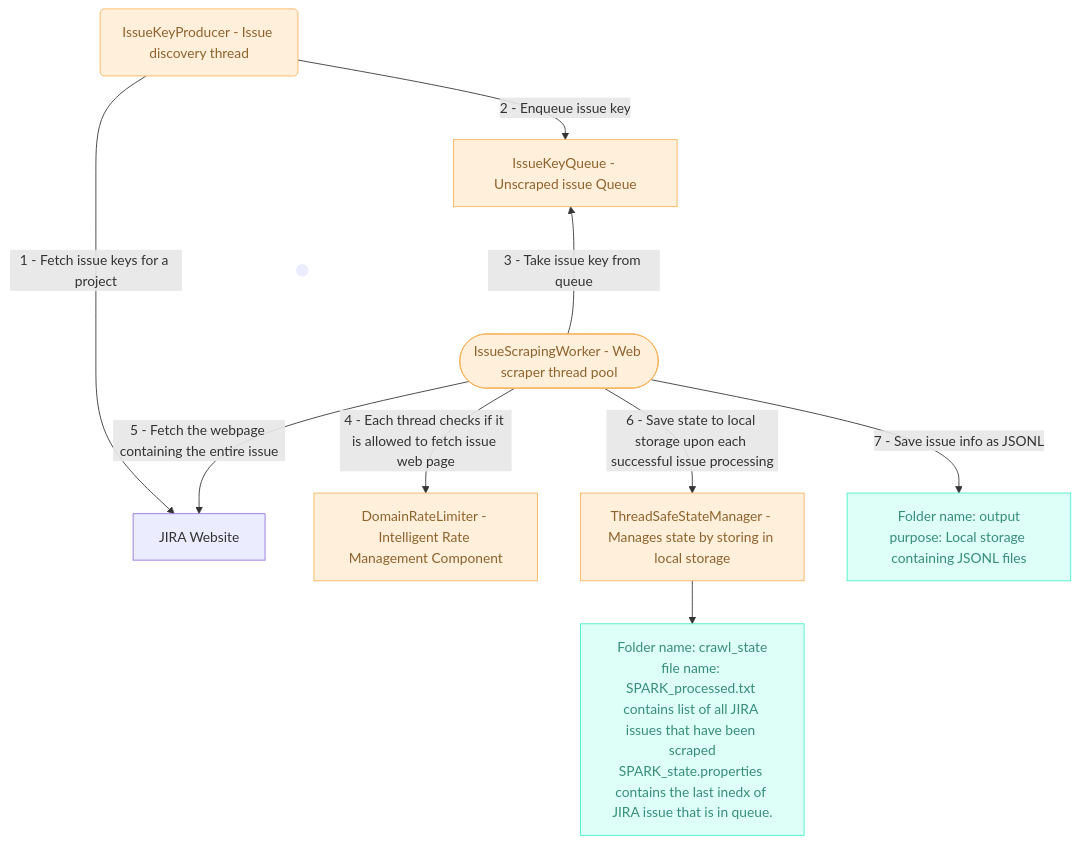
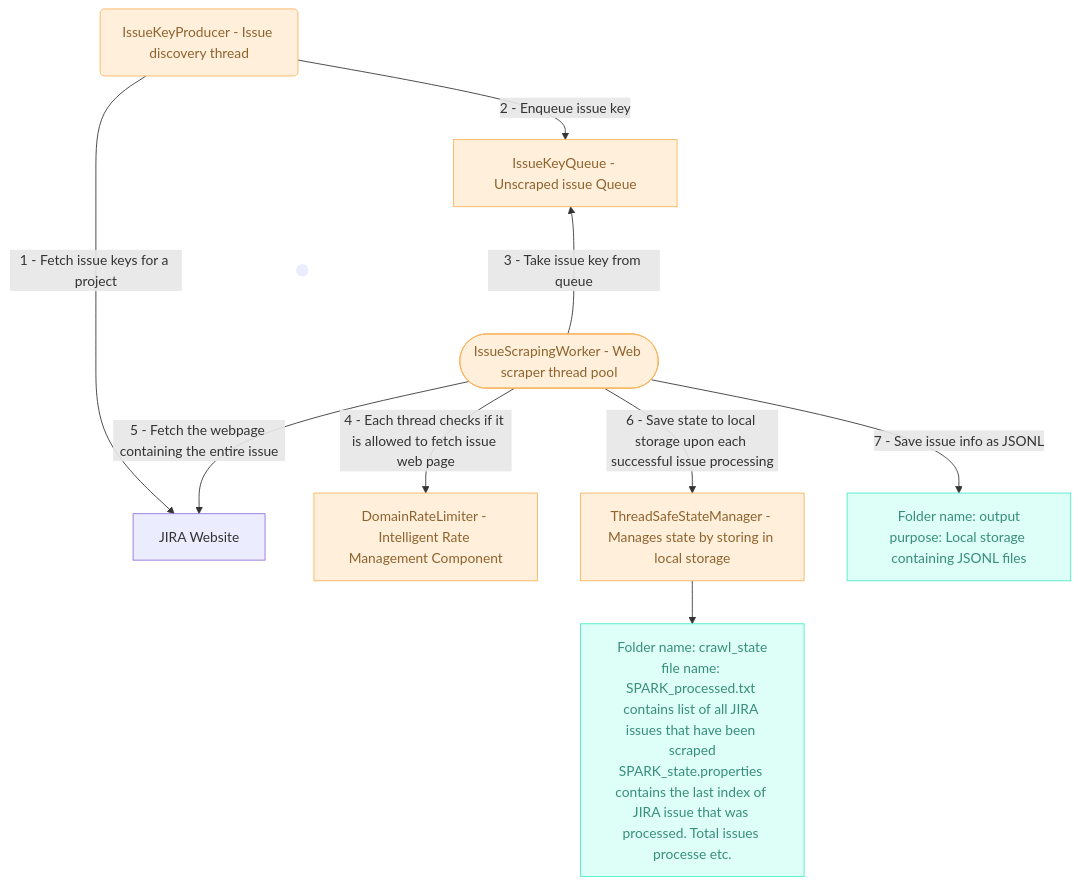
One commit to nakulh/JIRA-CRAWLER changed the diagram in README.md. Above: the diagram before and after it, drawn with Mermaid. The commit also changed other lines of this file and 10 other files, not shown here.

Commit message:
fixed project structure and a last index bug

````diff
--- a/README.md
+++ b/README.md
@@ -6,31 +6,31 @@
 ```mermaid
 flowchart TD
     A["IssueKeyProducer - Issue discovery thread"] -- "2 - Enqueue issue key" --> B["IssueKeyQueue - Unscraped issue Queue"]
     A -- "1 - Fetch issue keys for a project" --> n1["JIRA Website"]
     A ~~~ D1[" "]
     B ~~~ D1
     n1 ~~~ D1
     D1 ~~~ C(["IssueScrapingWorker - Web scraper thread pool"])
     C -- "3 - Take issue key from queue" --> B
     C -- "4 - Each thread checks if it is allowed to fetch issue web page" --> n2["DomainRateLimiter - Intelligent Rate Management Component"]
     C -- "5 - Fetch the webpage containing the entire issue" --> n1
     C -- "6 - Save state to local storage upon each successful issue processing" --> n3["ThreadSafeStateManager - Manages state by storing in local storage"]
     C -- "7 - Save issue info as JSONL" --> n4["Folder name: output<br>purpose: Local storage containing JSONL files"]
-    n3 --> n5["Folder name: crawl_state<br>file name: SPARK_processed.txt contains list of all JIRA issues that have been scraped<br>SPARK_state.properties contains the last inedx of JIRA issue that is in queue."]
+    n3 --> n5["Folder name: crawl_state<br>file name: SPARK_processed.txt contains list of all JIRA issues that have been scraped<br>SPARK_state.properties contains the last index of JIRA issue that was processed. Total issues processe etc."]
 
     A@{ shape: rounded}
     B@{ shape: rect}
     n1@{ shape: rect}
     D1@{ shape: fr-circ}
      A:::Peach
      B:::Peach
      C:::Peach
      n2:::Peach
      n3:::Peach
      n4:::Aqua
      n5:::Aqua
     classDef Aqua stroke-width:1px, stroke-dasharray:none, stroke:#46EDC8, fill:#DEFFF8, color:#378E7A
     classDef Peach stroke-width:1px, stroke-dasharray:none, stroke:#FBB35A, fill:#FFEFDB, color:#8F632D
     style D1 stroke-width:1px,stroke-dasharray: 1,stroke:none
     linkStyle 5 stroke:none,fill:none
 ```
````
